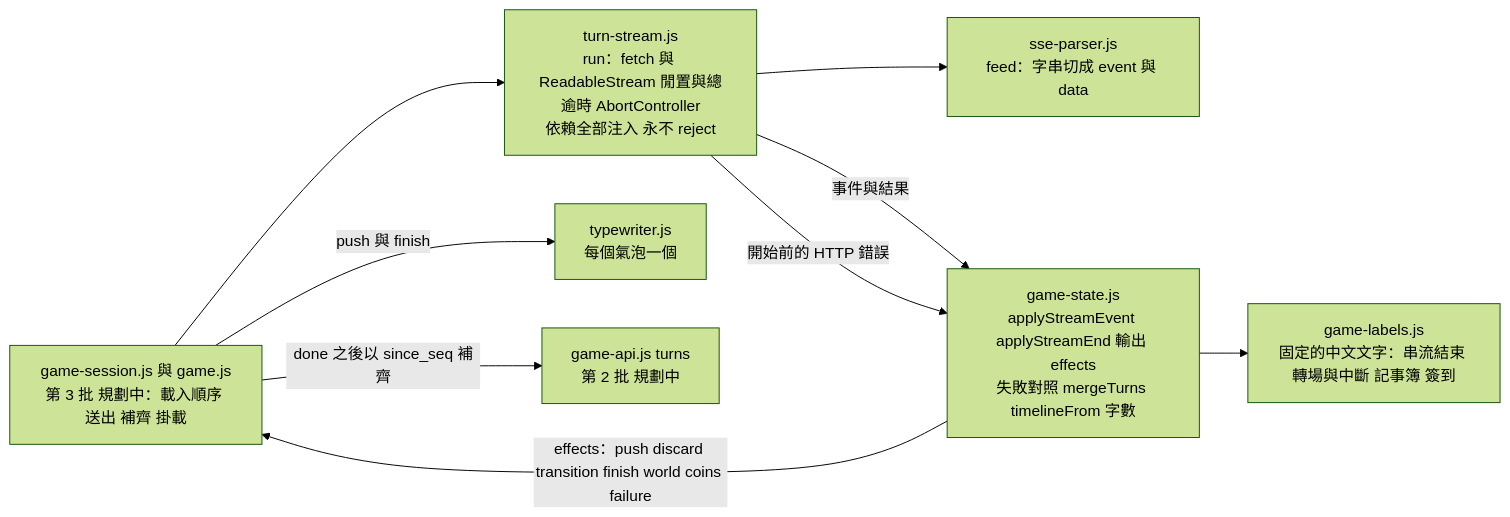
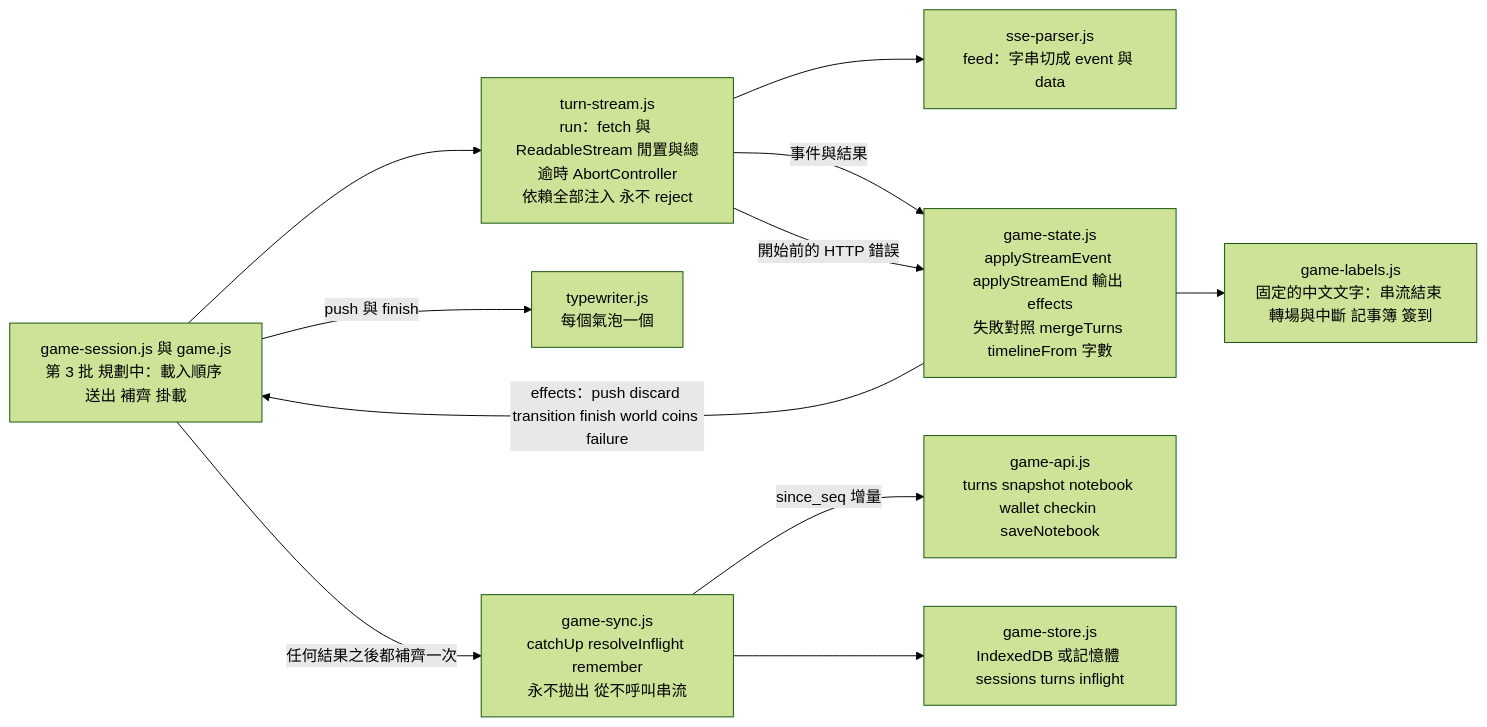
The ninth of 12 diagrams in docs/前端結構-frontend.md (pp466pp466/R.A.C), drawn with Mermaid (forest theme) before and after one commit. The commit also changed other lines of this file and 9 other files, not shown here.

First line of the commit message:
rpg-game-ui 批次 2：本機暫存、同步引擎與 API 封裝（game-store、game-sync、game-api）

````diff
--- a/docs/前端結構-frontend.md
+++ b/docs/前端結構-frontend.md
@@ -203,11 +203,13 @@
 ```mermaid
 flowchart LR
     Run["game-session.js 與 game.js<br/>第 3 批 規劃中：載入順序 送出 補齊 掛載"] --> Ts
     Ts["turn-stream.js<br/>run：fetch 與 ReadableStream 閒置與總逾時 AbortController<br/>依賴全部注入 永不 reject"] --> Sse["sse-parser.js<br/>feed：字串切成 event 與 data"]
     Ts -->|"事件與結果"| Gs["game-state.js<br/>applyStreamEvent applyStreamEnd 輸出 effects<br/>失敗對照 mergeTurns timelineFrom 字數"]
     Ts -->|"開始前的 HTTP 錯誤"| Gs
     Gs --> Labels["game-labels.js<br/>固定的中文文字：串流結束 轉場與中斷 記事簿 簽到"]
     Gs -->|"effects：push discard transition finish world coins failure"| Run
     Run -->|"push 與 finish"| Tw["typewriter.js<br/>每個氣泡一個"]
-    Run -->|"done 之後以 since_seq 補齊"| Api["game-api.js turns<br/>第 2 批 規劃中"]
+    Run -->|"任何結果之後都補齊一次"| Sync["game-sync.js<br/>catchUp resolveInflight remember<br/>永不拋出 從不呼叫串流"]
+    Sync -->|"since_seq 增量"| Api["game-api.js<br/>turns snapshot notebook wallet checkin saveNotebook"]
+    Sync --> Store["game-store.js<br/>IndexedDB 或記憶體 sessions turns inflight"]
 ```
````
